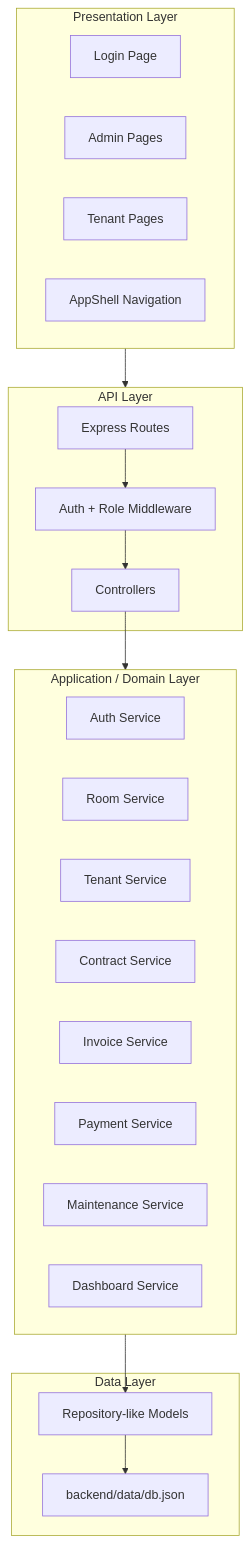
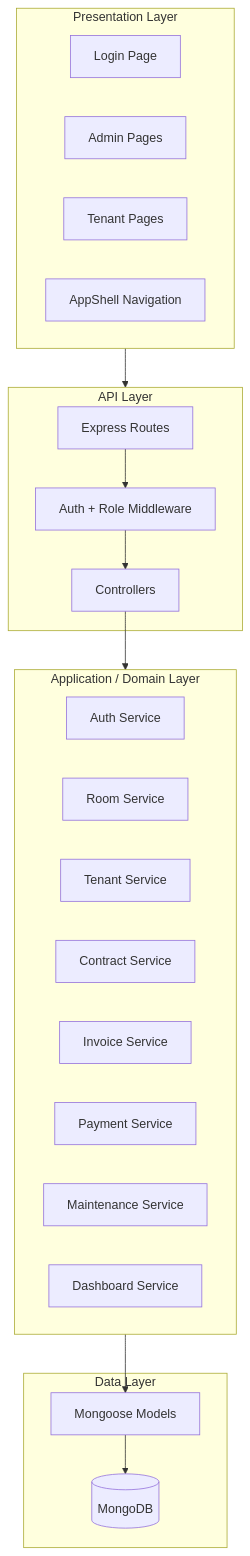
Before and after one commit to datphan3201/room-rental-management-software: the third of 21 diagrams in docs/SYSTEM_REPORT.md, drawn with Mermaid. The commit also changed other lines of this file and 33 other files, not shown here.

````diff
--- a/docs/SYSTEM_REPORT.md
+++ b/docs/SYSTEM_REPORT.md
@@ -341,38 +341,38 @@
 ```mermaid
 flowchart TB
   subgraph Presentation["Presentation Layer"]
     Login[Login Page]
     AdminUI[Admin Pages]
     TenantUI[Tenant Pages]
     Shell[AppShell Navigation]
   end
 
   subgraph API["API Layer"]
     Routes[Express Routes]
     Middleware[Auth + Role Middleware]
     Controllers[Controllers]
   end
 
   subgraph Domain["Application / Domain Layer"]
     AuthSvc[Auth Service]
     RoomSvc[Room Service]
     TenantSvc[Tenant Service]
     ContractSvc[Contract Service]
     InvoiceSvc[Invoice Service]
     PaymentSvc[Payment Service]
     MaintenanceSvc[Maintenance Service]
     DashboardSvc[Dashboard Service]
   end
 
   subgraph Data["Data Layer"]
-    Repositories[Repository-like Models]
-    JsonStore[backend/data/db.json]
+    Models[Mongoose Models]
+    MongoDB[(MongoDB)]
   end
 
   Presentation --> API
   Routes --> Middleware
   Middleware --> Controllers
   Controllers --> Domain
-  Domain --> Repositories
-  Repositories --> JsonStore
+  Domain --> Models
+  Models --> MongoDB
 ```
````
